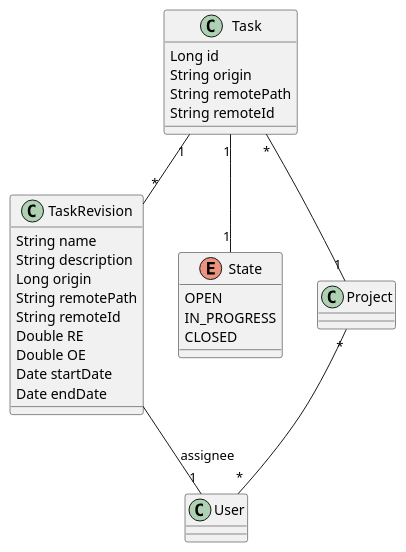
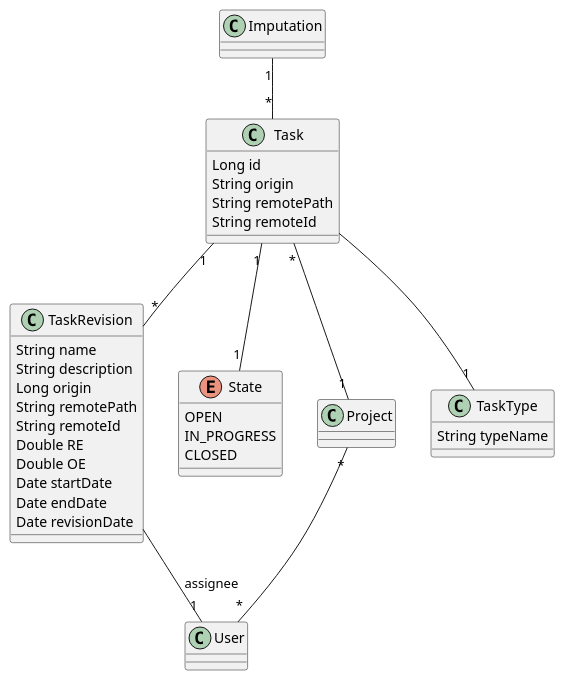
The diagram in docs/modeling/Old_task.puml (TimeboardIO/timeboard), drawn with PlantUML before and after one commit. The commit also changed 1 other file, not shown here.

Commit message:
UML revision

```diff
--- a/docs/modeling/Old_task.puml
+++ b/docs/modeling/Old_task.puml
@@ -1,38 +1,46 @@
 @startuml
 
 Task "1" -- "*" TaskRevision
 Task "1" -- "1" State
 Task "*" -- "1" Project
 TaskRevision -- "1" User :assignee
 Project "*" -- "*" User
+Task  -- "1" TaskType
+Imputation "1" -- "*" Task
 
 
 
 class Task {
 Long id
 String origin
 String remotePath
 String remoteId
 
 }
 
 class TaskRevision {
 String name
 String description
 Long origin
 String remotePath
 String remoteId
 Double RE
 Double OE
 Date startDate
 Date endDate
+Date revisionDate
 
 }
 
 enum State {
   OPEN
   IN_PROGRESS
   CLOSED
 }
+class TaskType {
+  String typeName
+}
+
+
 
 @enduml
```
